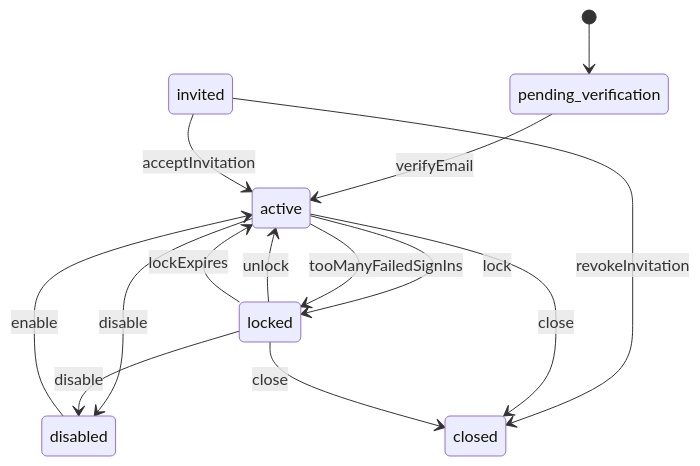
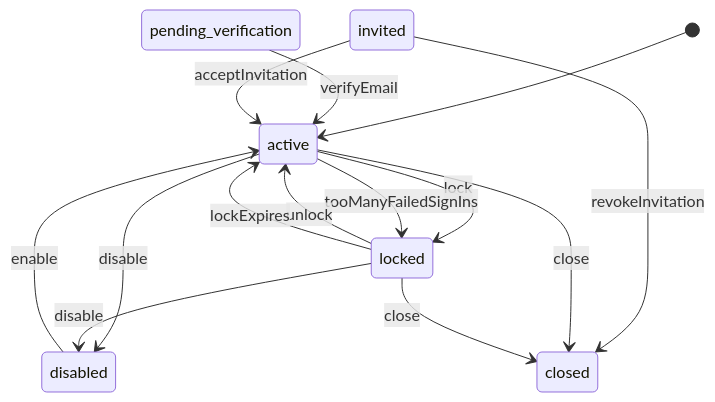
Before and after one commit to Virus-777/ecommerce: the first of 4 diagrams in docs/api/modules/identity.md, drawn with Mermaid. The commit also changed other lines of this file and 14 other files, not shown here.

````diff
--- a/docs/api/modules/identity.md
+++ b/docs/api/modules/identity.md
@@ -511,16 +516,16 @@
 ```mermaid
 stateDiagram-v2
-  [*] --> pending_verification
+  [*] --> active
   pending_verification --> active: verifyEmail
   invited --> active: acceptInvitation
   invited --> closed: revokeInvitation
   active --> locked: lock
   active --> locked: tooManyFailedSignIns
   locked --> active: unlock
   locked --> active: lockExpires
   active --> disabled: disable
   locked --> disabled: disable
   disabled --> active: enable
   active --> closed: close
   locked --> closed: close
 ```
````
